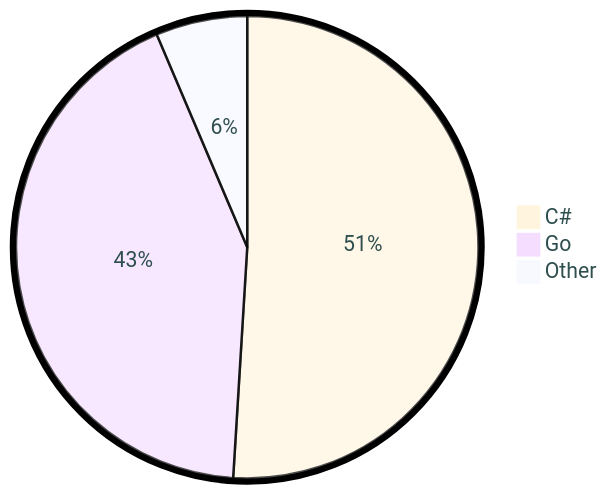
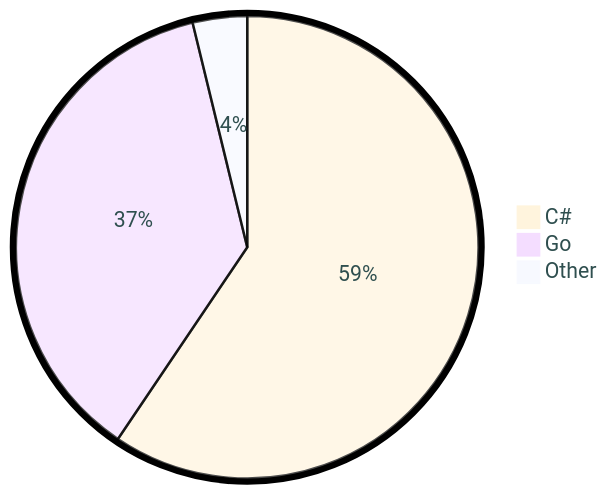
Before and after one commit to tot0p/tot0p: the diagram in README.md, drawn with Mermaid. The commit also changed other lines of this file, not shown here.

````diff
--- a/README.md
+++ b/README.md
@@ -73,7 +72,7 @@
 ```mermaid
 %%{init: {"pie": {"textPosition": 0.5}, "themeVariables": {"pieOuterStrokeWidth": "5px","primaryTextColor" : "#2F4F4F"},"theme":"base"} }%%
 pie
-	"C#": 50.97
-	"Go": 42.63
-	"Other": 6.4
+	"C#": 59.44
+	"Go": 36.75
+	"Other": 3.8
 ```
````
